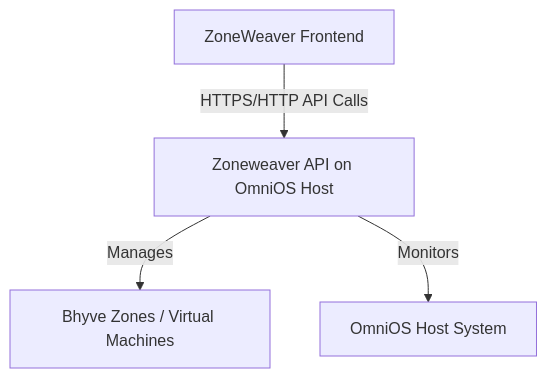
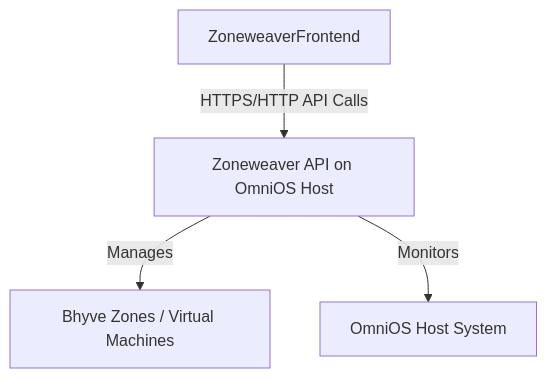
Before and after one commit to Makr91/zoneweaver-api: the diagram in README.md, drawn with Mermaid. The commit also changed other lines of this file and 45 other files, not shown here.

````diff
--- a/README.md
+++ b/README.md
@@ -25,6 +25,6 @@
 ```mermaid
 graph TD
-    A[ZoneWeaver Frontend] -- HTTPS/HTTP API Calls --> B[Zoneweaver API on OmniOS Host];
+    A[ZoneweaverFrontend] -- HTTPS/HTTP API Calls --> B[Zoneweaver API on OmniOS Host];
     B -- Manages --> C[Bhyve Zones / Virtual Machines];
     B -- Monitors --> D[OmniOS Host System];
 ```
````
